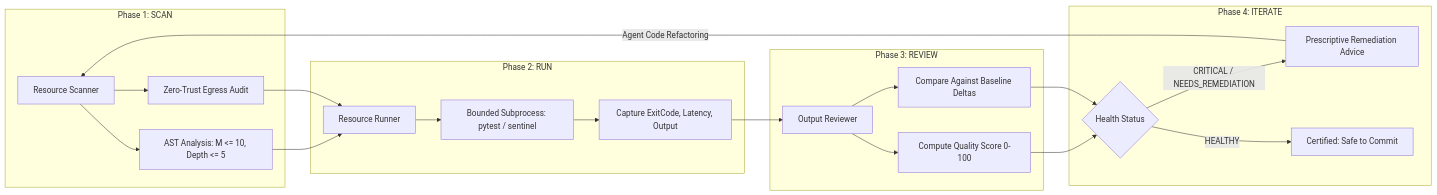
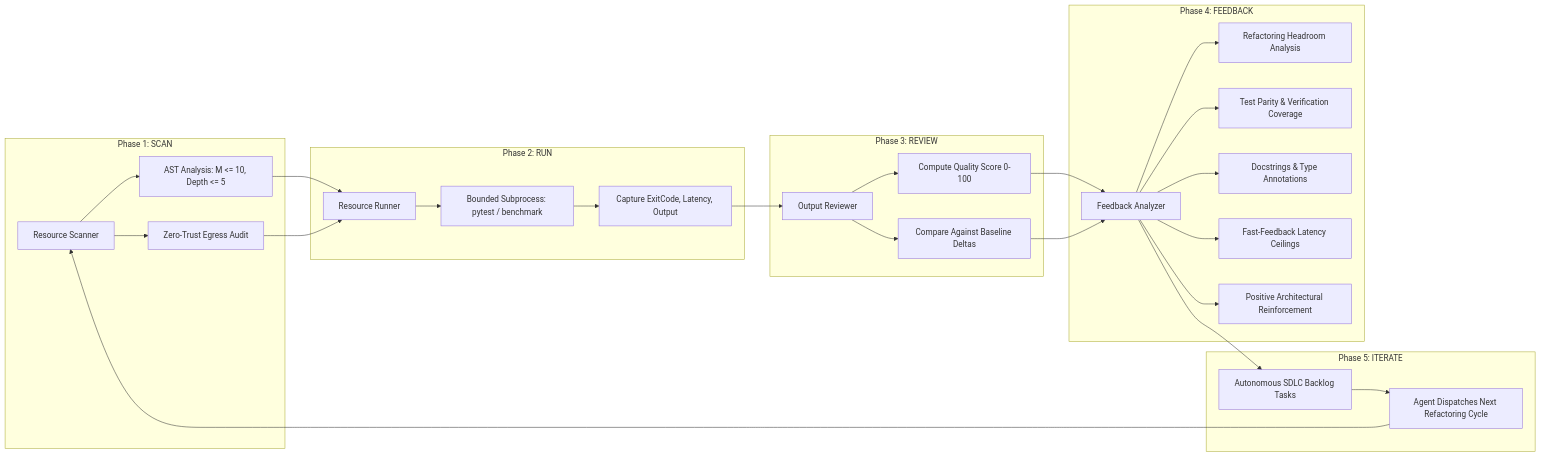
One commit to dan-petty/vibes changed the diagram in patterns/iterative-resource-refinement-loop.md. Above: the diagram before and after it, drawn with Mermaid. The commit also changed other lines of this file and 3 other files, not shown here.

Commit message:
feat(workbench): add meaningful continuous improvement feedback engine and positive recursive loop

````diff
--- a/patterns/iterative-resource-refinement-loop.md
+++ b/patterns/iterative-resource-refinement-loop.md
@@ -22,28 +22,36 @@
 ```mermaid
 flowchart LR
     subgraph Phase 1: SCAN
         Scan[Resource Scanner] --> AST[AST Analysis: M <= 10, Depth <= 5]
         Scan --> Sanitize[Zero-Trust Egress Audit]
     end
 
     subgraph Phase 2: RUN
         AST --> Runner[Resource Runner]
         Sanitize --> Runner
-        Runner --> BoundedExec[Bounded Subprocess: pytest / sentinel]
+        Runner --> BoundedExec[Bounded Subprocess: pytest / benchmark]
         BoundedExec --> Telemetry[Capture ExitCode, Latency, Output]
     end
 
     subgraph Phase 3: REVIEW
         Telemetry --> Reviewer[Output Reviewer]
         Reviewer --> Score[Compute Quality Score 0-100]
         Reviewer --> Delta[Compare Against Baseline Deltas]
     end
 
-    subgraph Phase 4: ITERATE
-        Score --> Classifier{Health Status}
-        Delta --> Classifier
-        Classifier -->|CRITICAL / NEEDS_REMEDIATION| Remediate[Prescriptive Remediation Advice]
-        Classifier -->|HEALTHY| Certify[Certified: Safe to Commit]
-        Remediate -->|Agent Code Refactoring| Scan
+    subgraph Phase 4: FEEDBACK
+        Score --> Advisor[Feedback Analyzer]
+        Delta --> Advisor
+        Advisor --> Headroom[Refactoring Headroom Analysis]
+        Advisor --> Parity[Test Parity & Verification Coverage]
+        Advisor --> Quality[Docstrings & Type Annotations]
+        Advisor --> Speed[Fast-Feedback Latency Ceilings]
+        Advisor --> Praise[Positive Architectural Reinforcement]
+    end
+
+    subgraph Phase 5: ITERATE
+        Advisor --> Backlog[Autonomous SDLC Backlog Tasks]
+        Backlog --> Agent[Agent Dispatches Next Refactoring Cycle]
+        Agent --> Scan
     end
 ```
````
